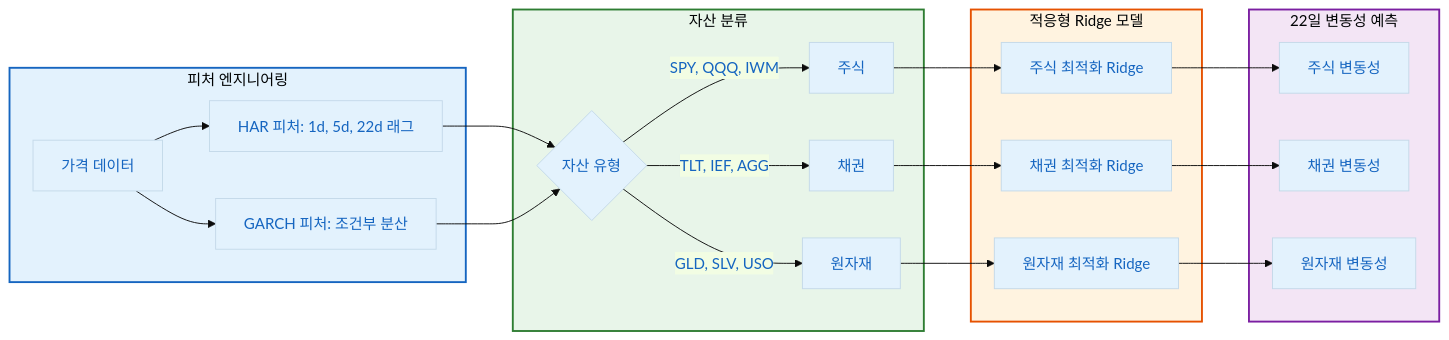
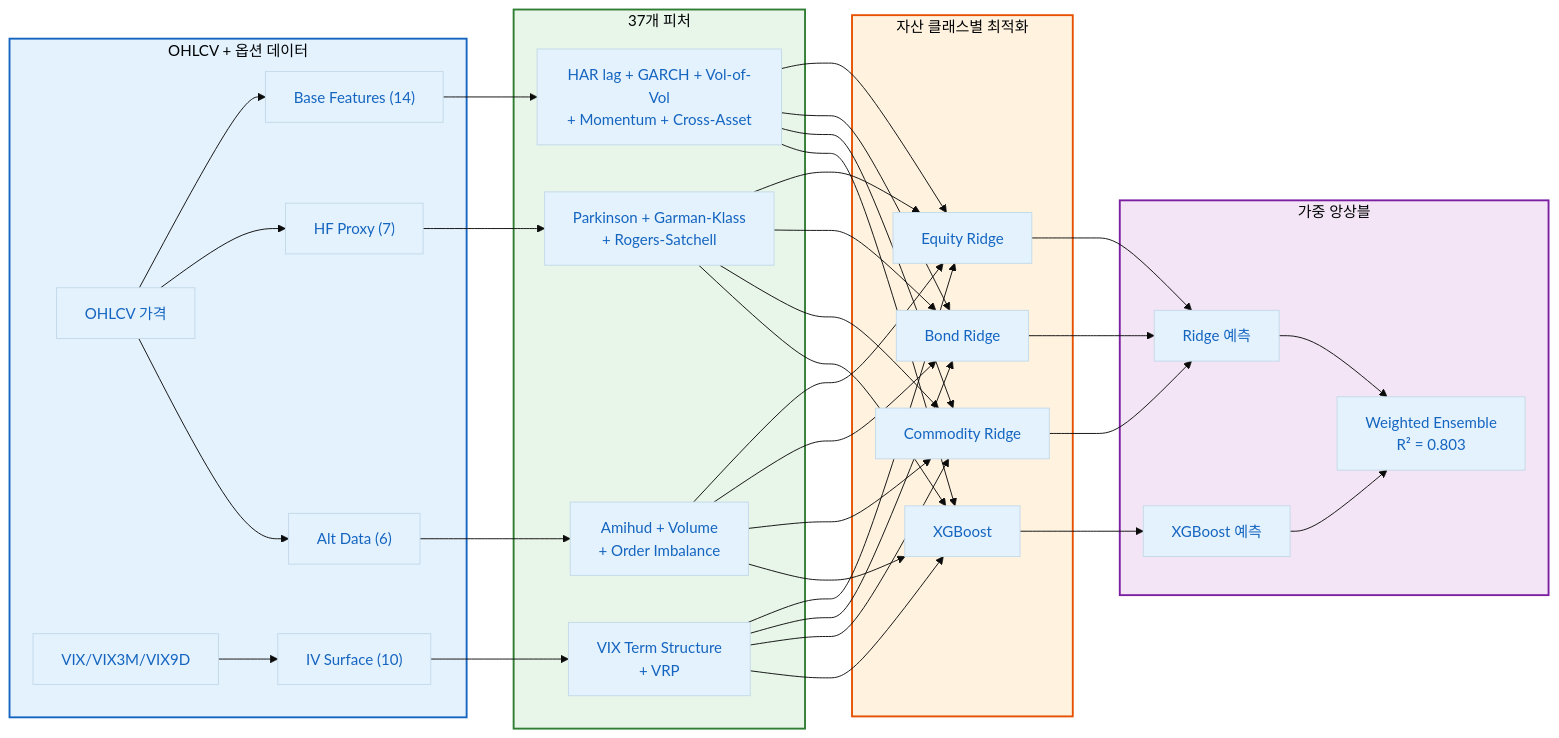
The diagram in experiments/22day_prediction.qmd (15tkdgns/vrp-paper), drawn with Mermaid before and after one commit. The commit also changed other lines of this file and 5 other files, not shown here.

First line of the commit message:
feat: 자산별/클래스별 R 성능 분석 추가 및 cross-sectional variation 명시

````diff
--- a/experiments/22day_prediction.qmd
+++ b/experiments/22day_prediction.qmd
@@ -93,32 +89,35 @@
 ```{mermaid}
 %%{init: {'theme': 'base', 'themeVariables': { 'primaryColor': '#E3F2FD', 'primaryTextColor': '#1565C0'}}}%%
 flowchart LR
-    subgraph FEATURES["피처 엔지니어링"]
-        A["가격 데이터"] --> B["HAR 피처: 1d, 5d, 22d 래그"]
-        A --> C["GARCH 피처: 조건부 분산"]
+    subgraph DATA["OHLCV + 옵션 데이터"]
+        A["OHLCV 가격"] --> B["Base Features (14)"]
+        A --> C["HF Proxy (7)"]
+        D["VIX/VIX3M/VIX9D"] --> E["IV Surface (10)"]
+        A --> F["Alt Data (6)"]
     end
     
-    subgraph CLASSIFICATION["자산 분류"]
-        B & C --> D{"자산 유형"}
-        D -->|SPY, QQQ, IWM| E["주식"]
-        D -->|TLT, IEF, AGG| F["채권"]
-        D -->|GLD, SLV, USO| G["원자재"]
+    subgraph FEATURES["37개 피처"]
+        B --> G["HAR lag + GARCH + Vol-of-Vol\n+ Momentum + Cross-Asset"]
+        C --> H["Parkinson + Garman-Klass\n+ Rogers-Satchell"]
+        E --> I["VIX Term Structure\n+ VRP"]
+        F --> J["Amihud + Volume\n+ Order Imbalance"]
     end
     
-    subgraph MODELS["적응형 Ridge 모델"]
-        E --> H["주식 최적화 Ridge"]
-        F --> I["채권 최적화 Ridge"]
-        G --> J["원자재 최적화 Ridge"]
+    subgraph MODELS["자산 클래스별 최적화"]
+        G & H & I & J --> K["Equity Ridge"]
+        G & H & I & J --> L["Bond Ridge"]
+        G & H & I & J --> M["Commodity Ridge"]
+        G & H & I & J --> N["XGBoost"]
     end
     
-    subgraph PREDICTIONS["22일 변동성 예측"]
-        H --> K["주식 변동성"]
-        I --> L["채권 변동성"]
-        J --> M["원자재 변동성"]
+    subgraph ENSEMBLE["가중 앙상블"]
+        K & L & M --> O["Ridge 예측"]
+        N --> P["XGBoost 예측"]
+        O & P --> Q["Weighted Ensemble\nR² = 0.803"]
     end
 
-    style FEATURES fill:#E3F2FD,stroke:#1565C0,stroke-width:2px
-    style CLASSIFICATION fill:#E8F5E9,stroke:#2E7D32,stroke-width:2px
+    style DATA fill:#E3F2FD,stroke:#1565C0,stroke-width:2px
+    style FEATURES fill:#E8F5E9,stroke:#2E7D32,stroke-width:2px
     style MODELS fill:#FFF3E0,stroke:#E65100,stroke-width:2px
-    style PREDICTIONS fill:#F3E5F5,stroke:#7B1FA2,stroke-width:2px
+    style ENSEMBLE fill:#F3E5F5,stroke:#7B1FA2,stroke-width:2px
 ```
````
